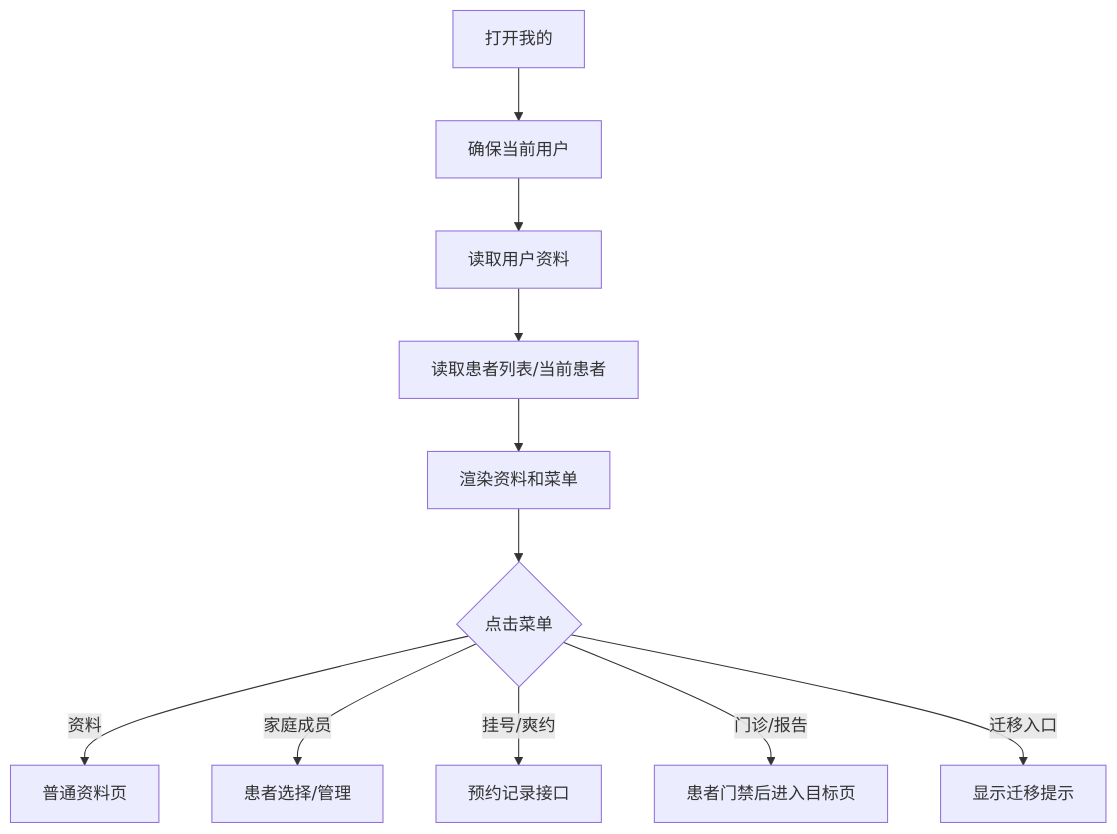
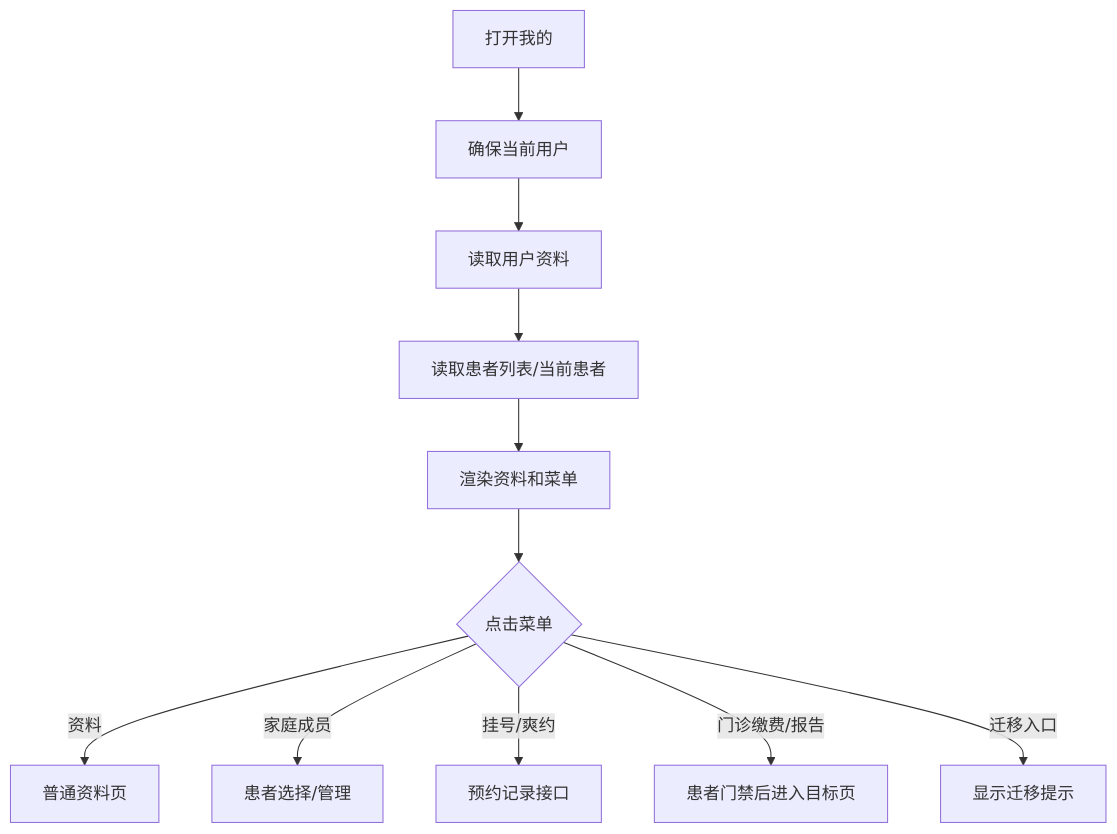
The diagram in docs/obsidian/01-页面地图/我的.md (puzzle-fuzzy/hospital-platform), drawn with Mermaid before and after one commit. The commit also changed other lines of this file and 38 other files, not shown here.

````diff
--- a/docs/obsidian/01-页面地图/我的.md
+++ b/docs/obsidian/01-页面地图/我的.md
@@ -48,13 +48,13 @@
 ```mermaid
 flowchart TD
     A[打开我的] --> B[确保当前用户]
     B --> C[读取用户资料]
     C --> D[读取患者列表/当前患者]
     D --> E[渲染资料和菜单]
     E --> F{点击菜单}
     F -- 资料 --> G[普通资料页]
     F -- 家庭成员 --> H[患者选择/管理]
     F -- 挂号/爽约 --> I[预约记录接口]
-    F -- 门诊/报告 --> J[患者门禁后进入目标页]
+    F -- 门诊缴费/报告 --> J[患者门禁后进入目标页]
     F -- 迁移入口 --> K[显示迁移提示]
 ```
````
